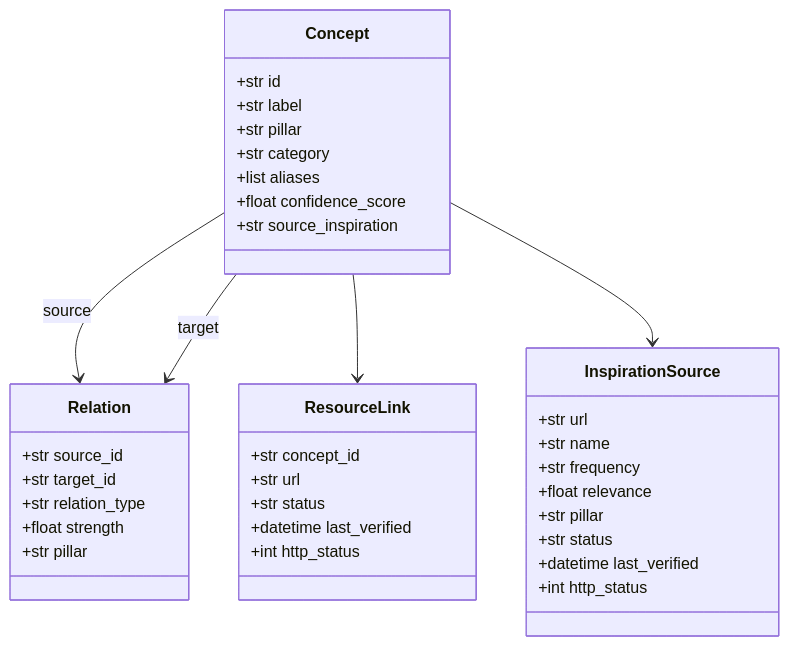
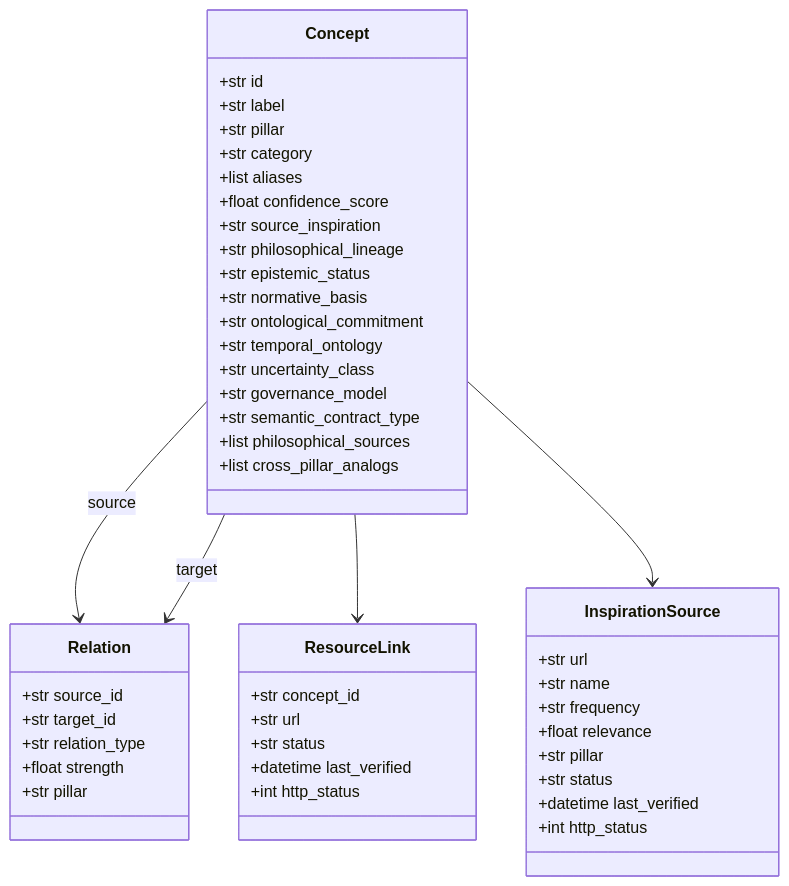
One commit to goneraleszek2-ship-it/acaciafund changed the diagram in docs/04-ontology-knowledge-graph/ontology-model.md. Above: the diagram before and after it, drawn with Mermaid. The commit also changed other lines of this file and 59 other files, not shown here.

````diff
--- a/docs/04-ontology-knowledge-graph/ontology-model.md
+++ b/docs/04-ontology-knowledge-graph/ontology-model.md
@@ -7,44 +7,54 @@
 ```mermaid
 classDiagram
     class Concept {
         +str id
         +str label
         +str pillar
         +str category
         +list aliases
         +float confidence_score
         +str source_inspiration
+        +str philosophical_lineage
+        +str epistemic_status
+        +str normative_basis
+        +str ontological_commitment
+        +str temporal_ontology
+        +str uncertainty_class
+        +str governance_model
+        +str semantic_contract_type
+        +list philosophical_sources
+        +list cross_pillar_analogs
     }
 
     class Relation {
         +str source_id
         +str target_id
         +str relation_type
         +float strength
         +str pillar
     }
 
     class ResourceLink {
         +str concept_id
         +str url
         +str status
         +datetime last_verified
         +int http_status
     }
 
     class InspirationSource {
         +str url
         +str name
         +str frequency
         +float relevance
         +str pillar
         +str status
         +datetime last_verified
         +int http_status
     }
 
     Concept --> Relation : source
     Concept --> Relation : target
     Concept --> ResourceLink
     Concept --> InspirationSource
 ```
````
